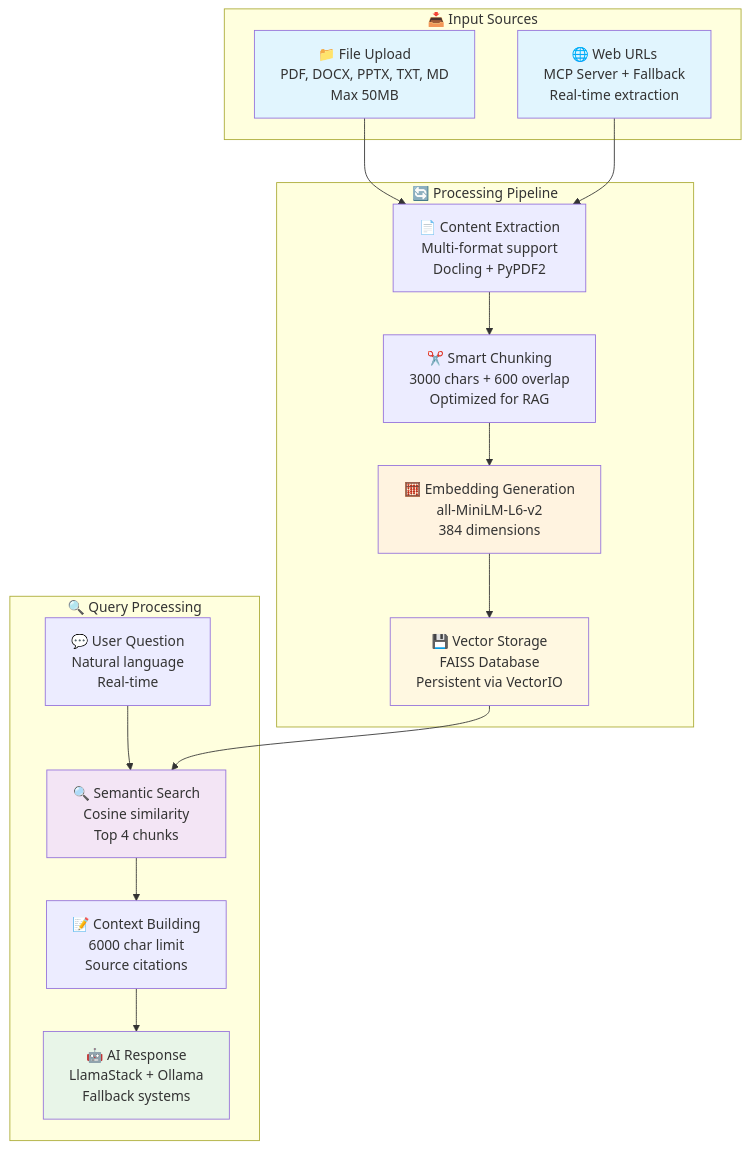
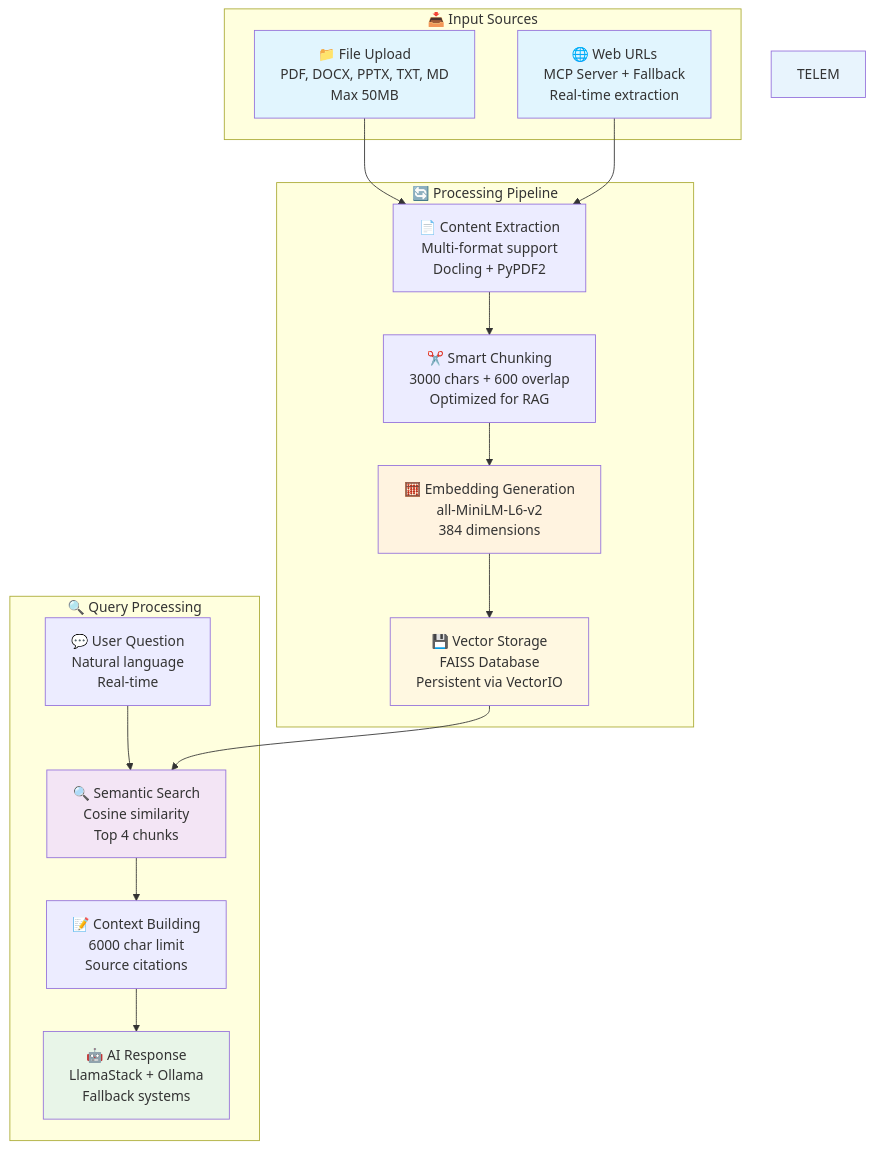
Before and after one commit to abhijeet-dhumal/llama-stack-rag: the third of 3 diagrams in README.md, drawn with Mermaid. The commit also changed other lines of this file and 12 other files, not shown here.

````diff
--- a/README.md
+++ b/README.md
@@ -250,41 +264,42 @@
 ```mermaid
 flowchart TD
     subgraph "📥 Input Sources"
         FILES[📁 File Upload<br/>PDF, DOCX, PPTX, TXT, MD<br/>Max 50MB]
         URLS[🌐 Web URLs<br/>MCP Server + Fallback<br/>Real-time extraction]
     end
     
     subgraph "🔄 Processing Pipeline"
         EXTRACT[📄 Content Extraction<br/>Multi-format support<br/>Docling + PyPDF2]
         CHUNK[✂️ Smart Chunking<br/>3000 chars + 600 overlap<br/>Optimized for RAG]
         EMBED[🧮 Embedding Generation<br/>all-MiniLM-L6-v2<br/>384 dimensions]
         STORE[💾 Vector Storage<br/>FAISS Database<br/>Persistent via VectorIO]
     end
     
     subgraph "🔍 Query Processing"
         QUERY[💬 User Question<br/>Natural language<br/>Real-time]
         SEARCH[🔍 Semantic Search<br/>Cosine similarity<br/>Top 4 chunks]
         CONTEXT[📝 Context Building<br/>6000 char limit<br/>Source citations]
         RESPONSE[🤖 AI Response<br/>LlamaStack + Ollama<br/>Fallback systems]
     end
     
     %% Processing Flow
     FILES --> EXTRACT
     URLS --> EXTRACT
     EXTRACT --> CHUNK
     CHUNK --> EMBED
     EMBED --> STORE
     
     %% Query Flow
     QUERY --> SEARCH
     SEARCH --> CONTEXT
     CONTEXT --> RESPONSE
     STORE --> SEARCH
     
     style FILES fill:#e1f5fe
     style URLS fill:#e1f5fe
     style RESPONSE fill:#e8f5e8
     style EMBED fill:#fff3e0
     style SEARCH fill:#f3e5f5
     style STORE fill:#fff8e1
+    style TELEM fill:#e8f4fd
 ```
````
